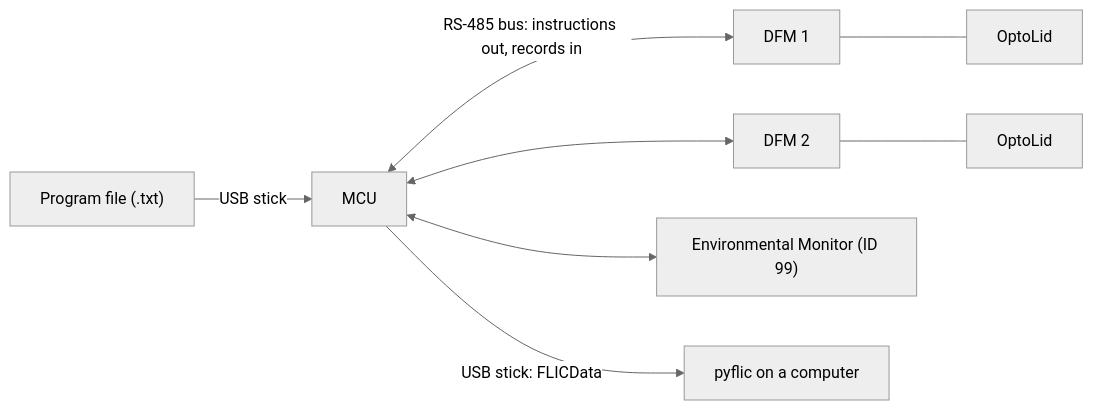
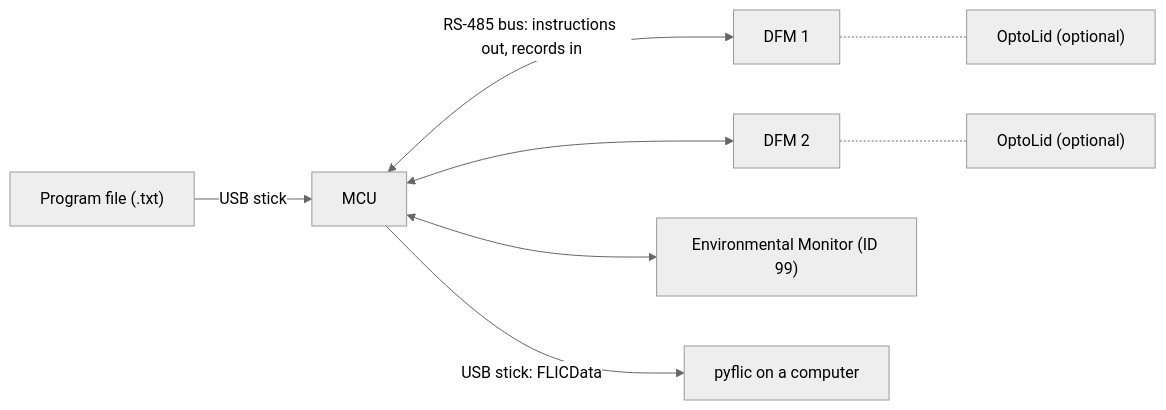
The diagram in docs/UserGuide.md (spletcher1/PyMCU), drawn with Mermaid (neutral theme) before and after one commit. The commit also changed other lines of this file and 7 other files, not shown here.

````diff
--- a/docs/UserGuide.md
+++ b/docs/UserGuide.md
@@ -57,10 +62,10 @@
 ```mermaid
 flowchart LR
     P["Program file (.txt)"] -->|USB stick| MCU
     MCU <-->|"RS-485 bus: instructions out, records in"| D1[DFM 1]
     MCU <--> D2[DFM 2]
     MCU <--> E["Environmental Monitor (ID 99)"]
-    D1 --- L1[OptoLid]
-    D2 --- L2[OptoLid]
+    D1 -.- L1["OptoLid (optional)"]
+    D2 -.- L2["OptoLid (optional)"]
     MCU -->|"USB stick: FLICData"| F[pyflic on a computer]
 ```
````
